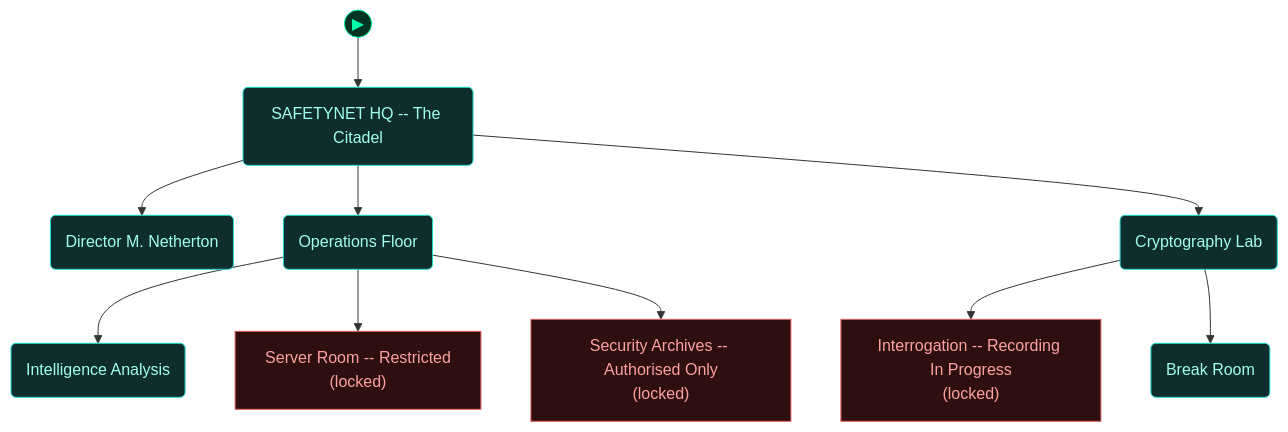
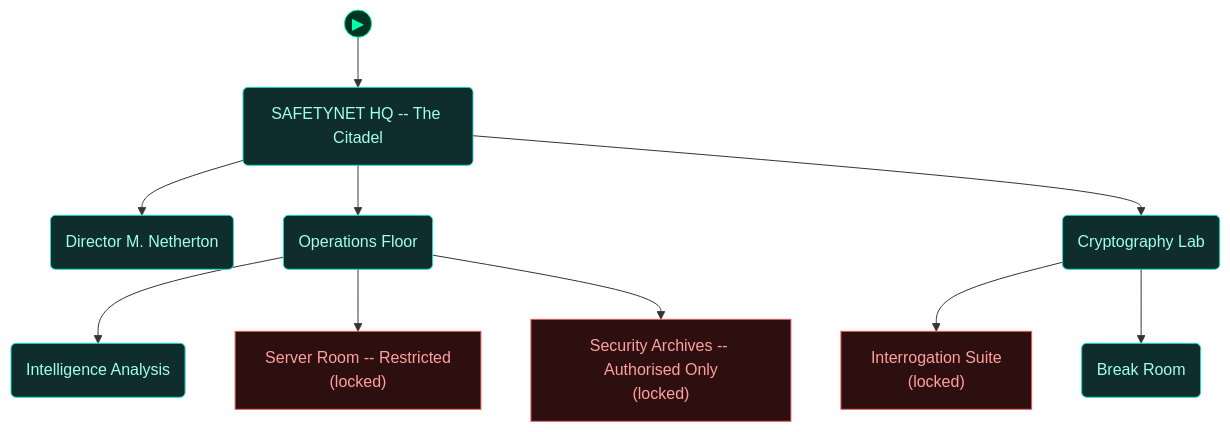
The fourth of 5 diagrams in scenarios/m08_the_mole/dungeon_graph.md (cliffe/BreakEscape), drawn with Mermaid before and after one commit. The commit also changed other lines of this file and 20 other files, not shown here.

````diff
--- a/scenarios/m08_the_mole/dungeon_graph.md
+++ b/scenarios/m08_the_mole/dungeon_graph.md
@@ -465,44 +473,44 @@
 ```mermaid
 flowchart TD
 
   classDef room      fill:#0f2d2d,stroke:#22ddcc,color:#a0ffee
   classDef lock      fill:#2d0f0f,stroke:#e66060,color:#ffa0a0
   classDef key       fill:#2d0812,stroke:#e66060,color:#ffa0a0
   classDef item      fill:#2d1200,stroke:#e89030,color:#ffcc80
   classDef gate      fill:#111,stroke:#666,color:#eee
   classDef vm        fill:#0c1f40,stroke:#4a90d9,color:#a0c8ff
   classDef flag      fill:#1a0c2d,stroke:#9060d0,color:#cc99ff
   classDef action    fill:#1a1200,stroke:#cc9922,color:#ffee88
   classDef aim       fill:#0d2a0d,stroke:#44cc44,color:#88ff88
   classDef aim_gate  fill:#111111,stroke:#44cc44,color:#44cc44
   classDef container fill:#1a2d1a,stroke:#60b060,color:#a0e0a0
   classDef npc       fill:#2d1f0d,stroke:#d0a050,color:#ffe0a0
   classDef critical  fill:#2a1500,stroke:#ffaa00,color:#ffdd88
   classDef start     fill:#003322,stroke:#00ffaa,color:#00ffaa
 
   node_start(("▶"))
   node_start --> main_lobby
 
   main_lobby("SAFETYNET HQ -- The Citadel")
   director_office("Director M. Netherton")
   operations_floor("Operations Floor")
   intel_analysis("Intelligence Analysis")
   server_room["Server Room -- Restricted<br/>(locked)"]
   security_archives["Security Archives -- Authorised Only<br/>(locked)"]
   cryptography_lab("Cryptography Lab")
-  interrogation_room["Interrogation -- Recording In Progress<br/>(locked)"]
+  interrogation_room["Interrogation Suite<br/>(locked)"]
   break_room("Break Room")
 
   main_lobby --> director_office
   main_lobby --> operations_floor
   main_lobby --> cryptography_lab
   operations_floor --> intel_analysis
   operations_floor --> server_room
   operations_floor --> security_archives
   cryptography_lab --> interrogation_room
   cryptography_lab --> break_room
 
   class main_lobby,director_office,operations_floor,intel_analysis,cryptography_lab,break_room room
   class server_room,security_archives,interrogation_room lock
   class node_start start
 ```
````
